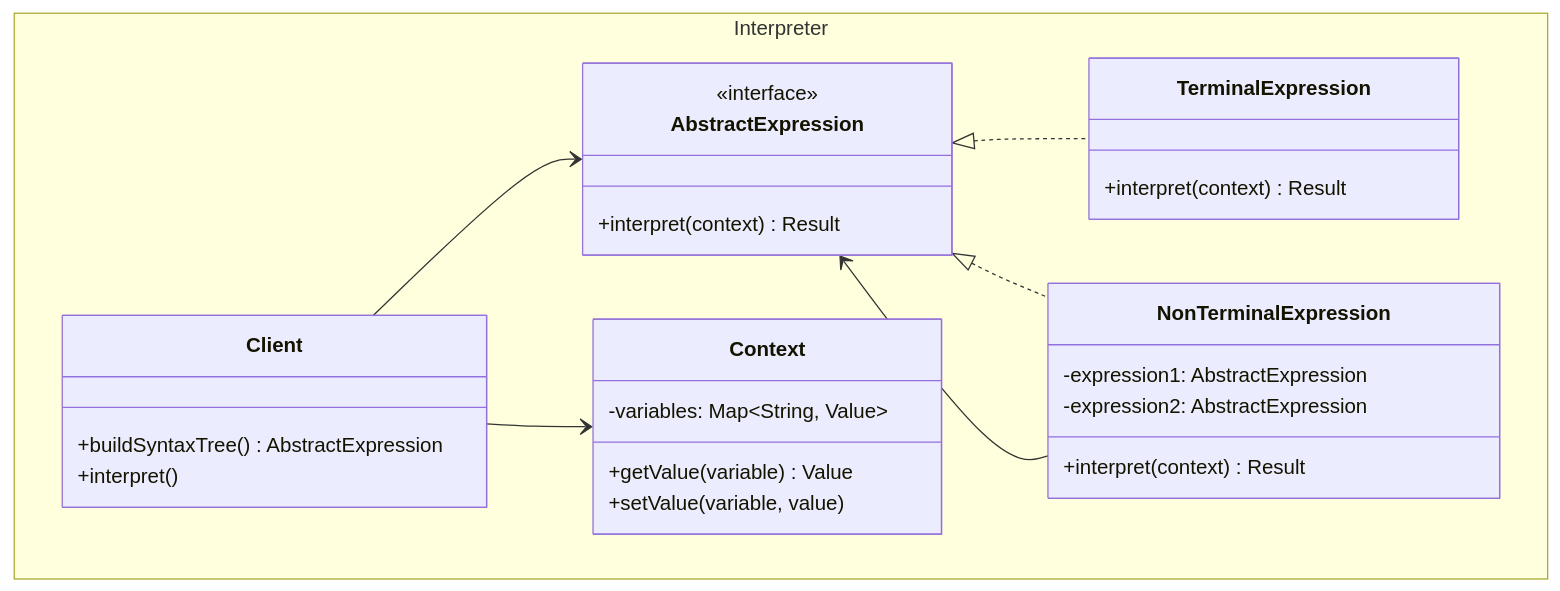
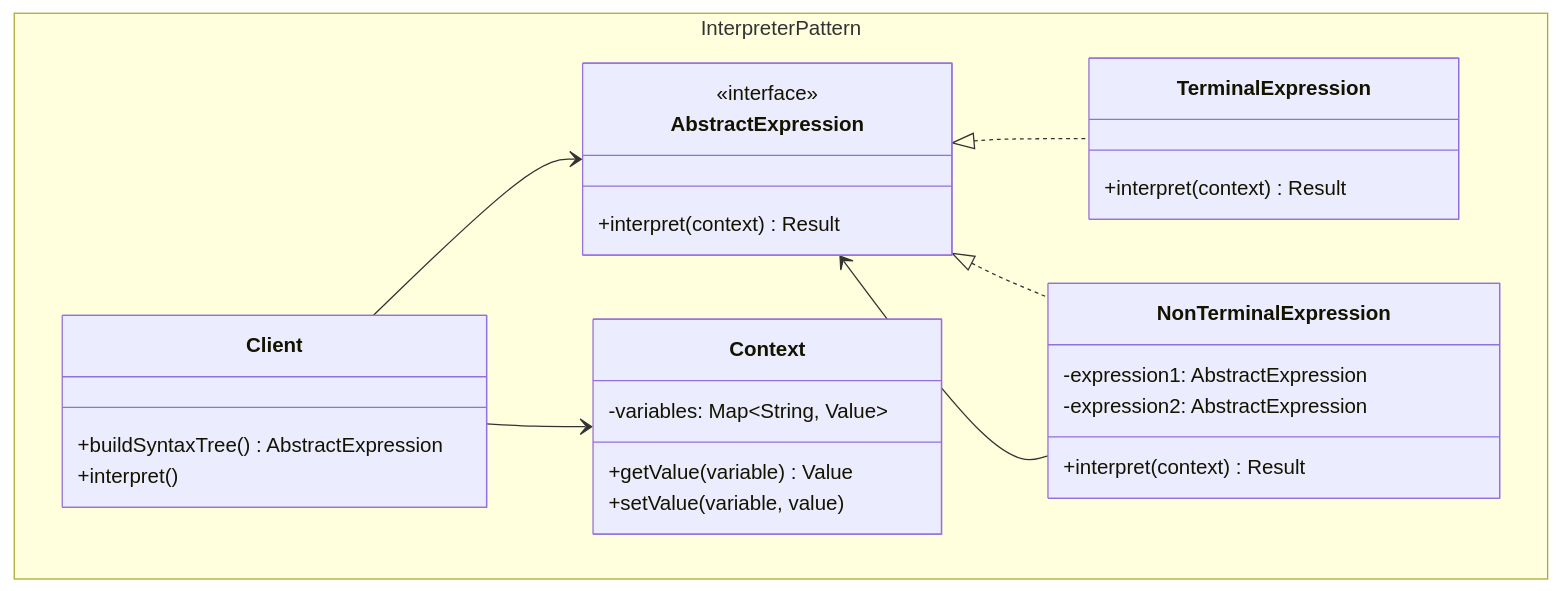
Before and after one commit to JheisonMB/software-patterns-guide: the first of 4 diagrams in patrones-diseno/comportamiento/patterns/Interpreter.md, drawn with Mermaid. The commit also changed other lines of this file and 22 other files, not shown here.

````diff
--- a/patrones-diseno/comportamiento/patterns/Interpreter.md
+++ b/patrones-diseno/comportamiento/patterns/Interpreter.md
@@ -25,36 +35,36 @@
 ```mermaid
 classDiagram
-    namespace Interpreter {
+    namespace InterpreterPattern {
         class AbstractExpression {
             <<interface>>
             +interpret(context) Result
         }
         
         class TerminalExpression {
             +interpret(context) Result
         }
         
         class NonTerminalExpression {
             -expression1: AbstractExpression
             -expression2: AbstractExpression
             +interpret(context) Result
         }
         
         class Context {
             -variables: Map~String, Value~
             +getValue(variable) Value
             +setValue(variable, value)
         }
         
         class Client {
             +buildSyntaxTree() AbstractExpression
             +interpret()
         }
     }
     
     AbstractExpression <|.. TerminalExpression
     AbstractExpression <|.. NonTerminalExpression
     NonTerminalExpression --> AbstractExpression
     Client --> AbstractExpression
     Client --> Context
 ```
````
